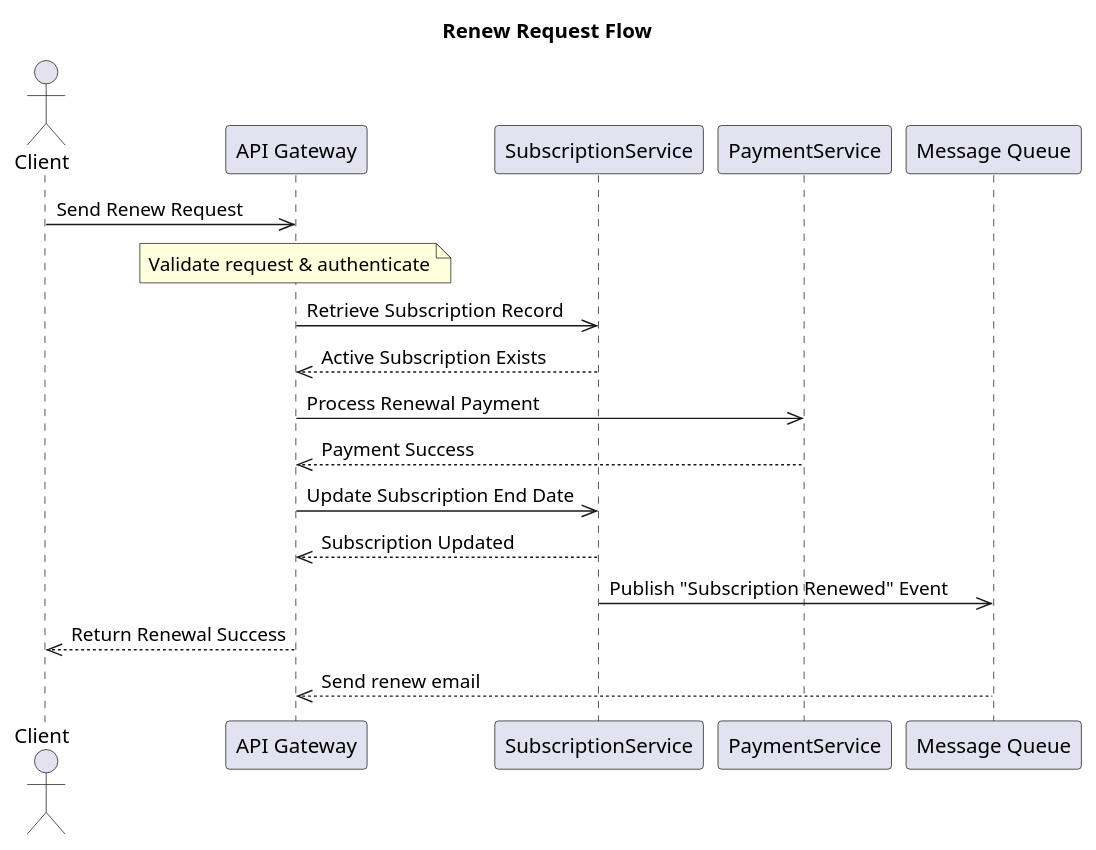
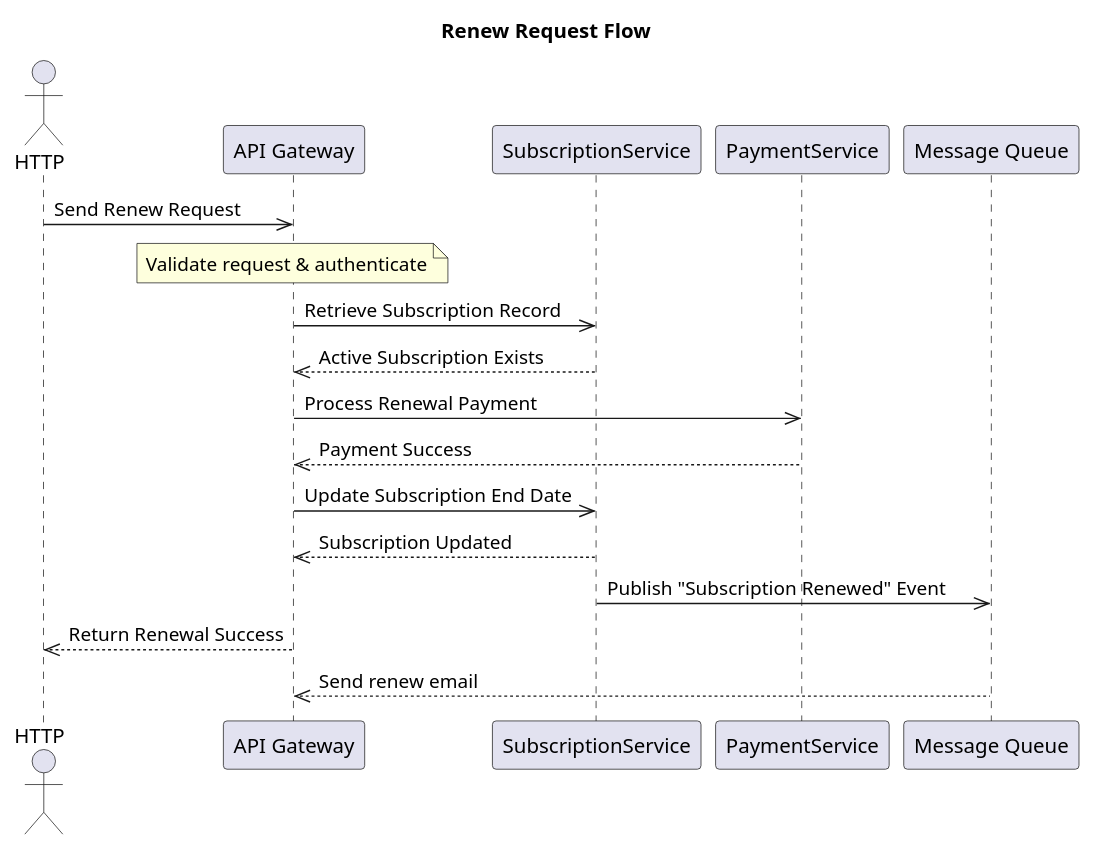
One commit to diasjakupov/golang_subscription_micro changed the sixth of 6 diagrams in sequence_diagram.md. Above: the diagram before and after it, drawn with PlantUML. The commit also changed other lines of this file and 23 other files, not shown here.

```diff
--- a/sequence_diagram.md
+++ b/sequence_diagram.md
@@ -142,28 +142,28 @@
 @startuml
 title Renew Request Flow
 
-actor Client
+actor HTTP
 participant API as "API Gateway"
 participant Subscription as "SubscriptionService"
 participant Payment as "PaymentService"
 participant Queue as "Message Queue"
 
-Client->>API: Send Renew Request
+HTTP->>API: Send Renew Request
 note over API: Validate request & authenticate
 
 API->>Subscription: Retrieve Subscription Record
 Subscription-->>API: Active Subscription Exists
 
 API->>Payment: Process Renewal Payment
 Payment-->>API: Payment Success
 
 API->>Subscription: Update Subscription End Date
 Subscription-->>API: Subscription Updated
 
 Subscription->>Queue: Publish "Subscription Renewed" Event
 
-API-->>Client: Return Renewal Success
+API-->>HTTP: Return Renewal Success
 
 Queue-->>API: Send renew email
 
 @enduml
```
